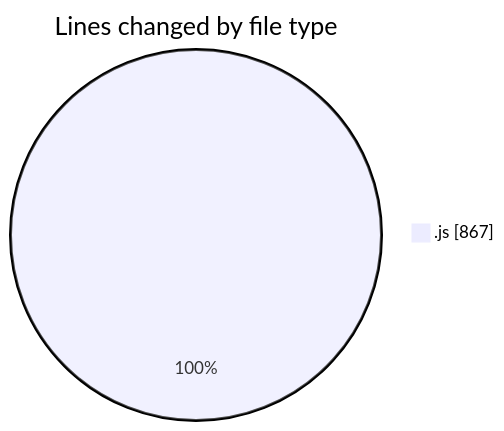
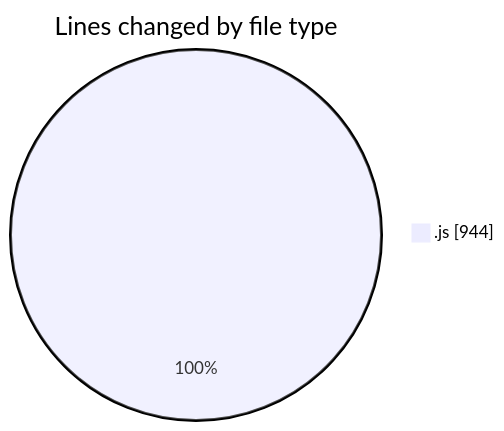
One commit to nxtqubesakshisongat/code-tracking changed the first of 2 diagrams in 2025-12-29/nxtqube_webapp/README.md. Above: the diagram before and after it, drawn with Mermaid. The commit also changed other lines of this file and 1 other file, not shown here.

````diff
--- a/2025-12-29/nxtqube_webapp/README.md
+++ b/2025-12-29/nxtqube_webapp/README.md
@@ -20,5 +20,5 @@
 ```mermaid
 pie showData
 title Lines changed by file type
-".js" : 867
+".js" : 944
 ```
````
